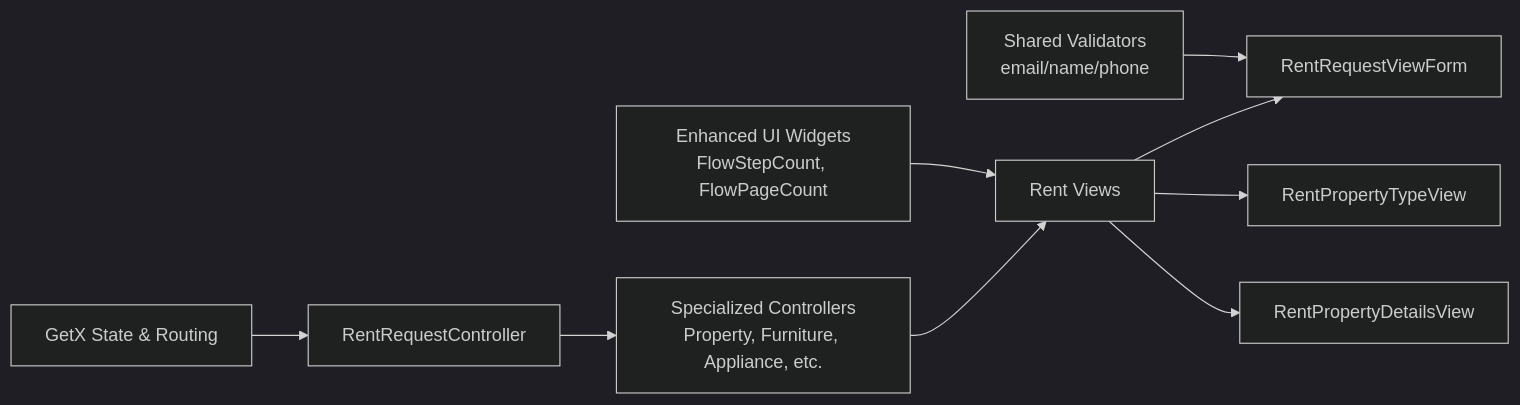
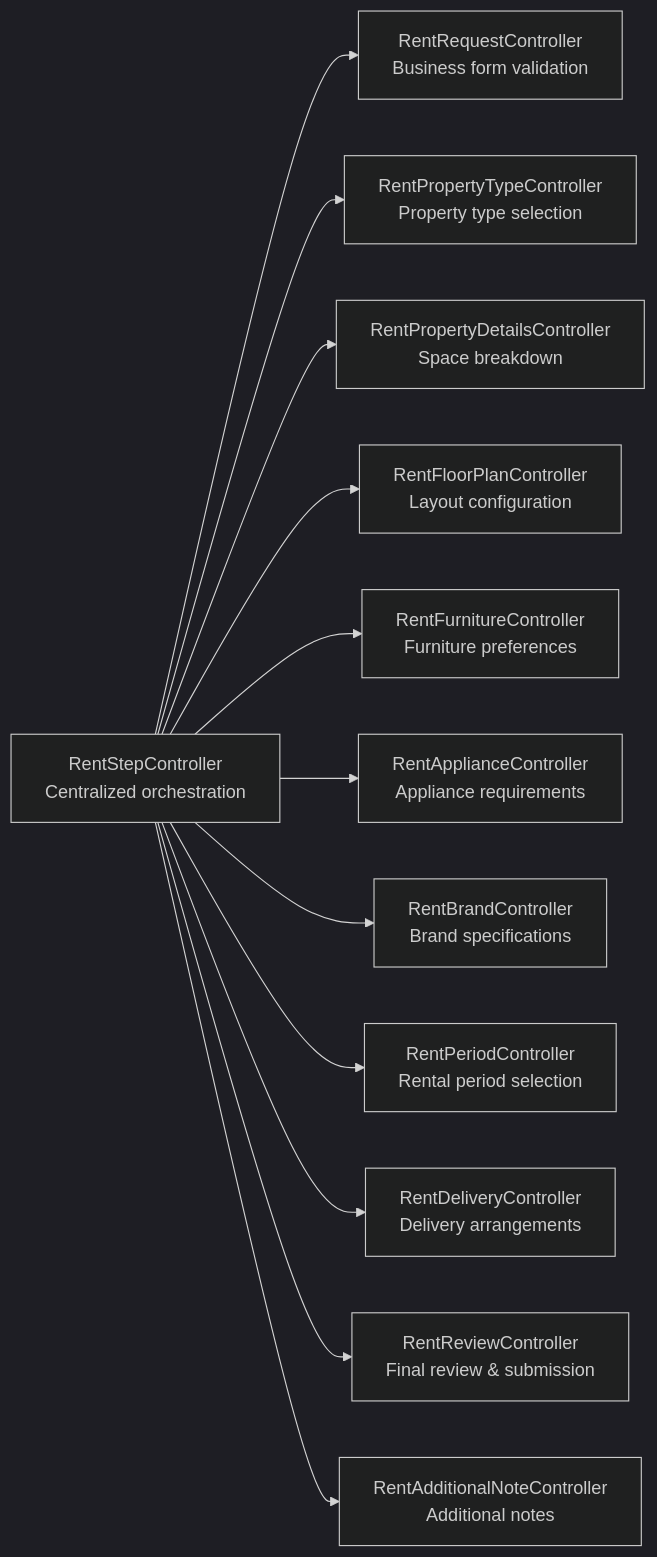
The sixth of 6 diagrams in .qoder/repowiki/en/content/Core Features/Business Services/Rent Furniture System.md (Ariful3111/FurniGo), drawn with Mermaid (dark theme) before and after one commit. The commit also changed other lines of this file and 9 other files, not shown here.

````diff
--- a/.qoder/repowiki/en/content/Core Features/Business Services/Rent Furniture System.md
+++ b/.qoder/repowiki/en/content/Core Features/Business Services/Rent Furniture System.md
@@ -402,11 +384,14 @@
 ```mermaid
 graph LR
-Validators["Shared Validators<br/>email/name/phone"] --> Form["RentRequestViewForm"]
-UIWidgets["Enhanced UI Widgets<br/>FlowStepCount, FlowPageCount"] --> Views["Rent Views"]
-GetX["GetX State & Routing"] --> MainController["RentRequestController"]
-MainController --> SpecializedControllers["Specialized Controllers<br/>Property, Furniture, Appliance, etc."]
-SpecializedControllers --> Views
-Views --> Form
-Views --> TypeView["RentPropertyTypeView"]
-Views --> DetailsView["RentPropertyDetailsView"]
+RentStepController["RentStepController<br/>Centralized orchestration"] --> RentRequestController["RentRequestController<br/>Business form validation"]
+RentStepController --> RentPropertyTypeController["RentPropertyTypeController<br/>Property type selection"]
+RentStepController --> RentPropertyDetailsController["RentPropertyDetailsController<br/>Space breakdown"]
+RentStepController --> RentFloorPlanController["RentFloorPlanController<br/>Layout configuration"]
+RentStepController --> RentFurnitureController["RentFurnitureController<br/>Furniture preferences"]
+RentStepController --> RentApplianceController["RentApplianceController<br/>Appliance requirements"]
+RentStepController --> RentBrandController["RentBrandController<br/>Brand specifications"]
+RentStepController --> RentPeriodController["RentPeriodController<br/>Rental period selection"]
+RentStepController --> RentDeliveryController["RentDeliveryController<br/>Delivery arrangements"]
+RentStepController --> RentReviewController["RentReviewController<br/>Final review & submission"]
+RentStepController --> RentAdditionalNoteController["RentAdditionalNoteController<br/>Additional notes"]
 ```
````
